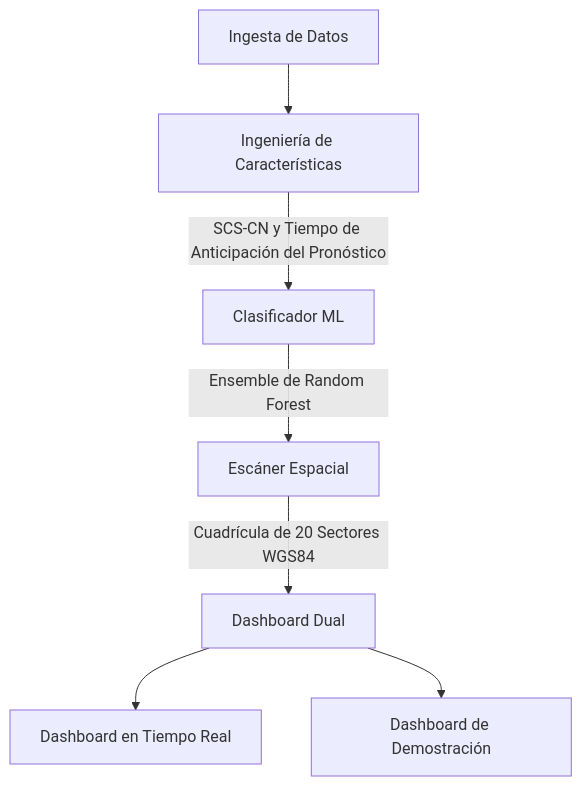
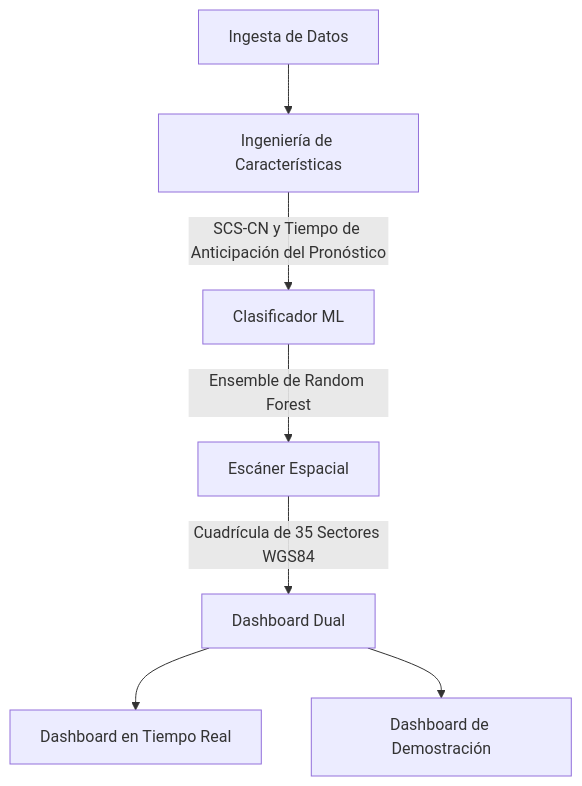
Before and after one commit to moises-inc/Proyecto-Jupiter: the diagram in README.md, drawn with Mermaid. The commit also changed other lines of this file and 16 other files, not shown here.

````diff
--- a/README.md
+++ b/README.md
@@ -7,9 +7,9 @@
 ```mermaid
 graph TD
     A[Ingesta de Datos] --> B[Ingeniería de Características]
     B -->|SCS-CN y Tiempo de Anticipación del Pronóstico| C[Clasificador ML]
     C -->|Ensemble de Random Forest| D[Escáner Espacial]
-    D -->|Cuadrícula de 20 Sectores WGS84| E[Dashboard Dual]
+    D -->|Cuadrícula de 35 Sectores WGS84| E[Dashboard Dual]
     E --> F[Dashboard en Tiempo Real]
     E --> G[Dashboard de Demostración]
 ```
````
